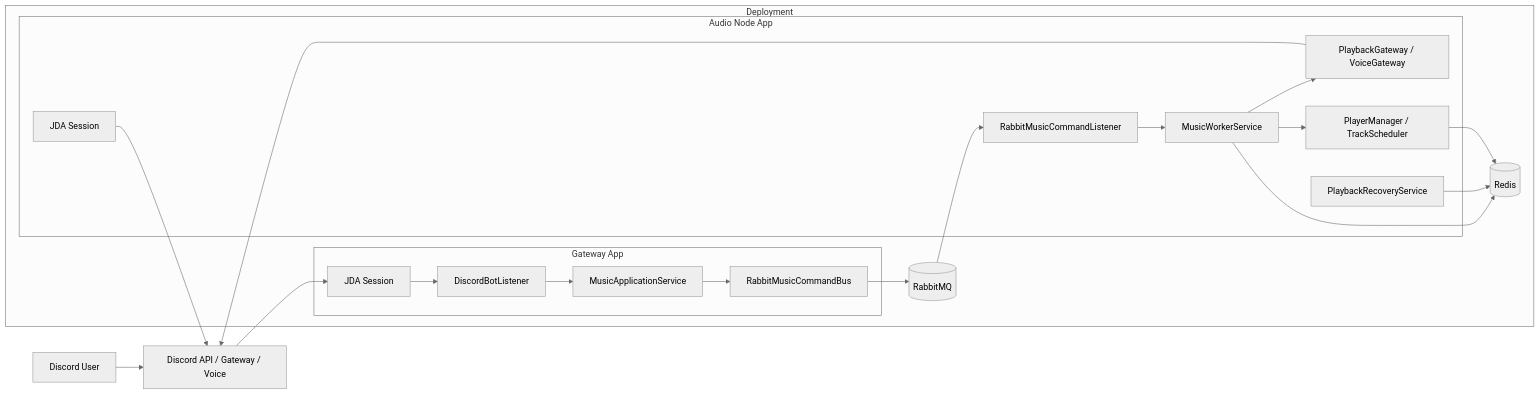
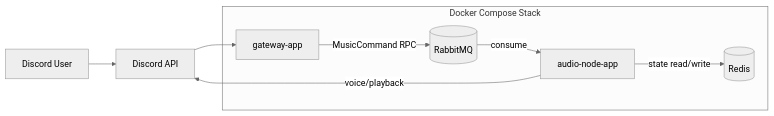
The first of 2 diagrams in docs/CURRENT_ARCHITECTURE.md (som141/dis), drawn with Mermaid (neutral theme) before and after one commit. The commit also changed other lines of this file and 14 other files, not shown here.

````diff
--- a/docs/CURRENT_ARCHITECTURE.md
+++ b/docs/CURRENT_ARCHITECTURE.md
@@ -26,43 +30,19 @@
 ```mermaid
 flowchart LR
     U[Discord User]
-    D[Discord API / Gateway / Voice]
+    D[Discord API]
 
-    subgraph SERVER[Deployment]
-        subgraph GATEWAY[Gateway App]
-            G1[JDA Session]
-            G2[DiscordBotListener]
-            G3[MusicApplicationService]
-            G4[RabbitMusicCommandBus]
-        end
-
-        subgraph AUDIO[Audio Node App]
-            A1[JDA Session]
-            A2[RabbitMusicCommandListener]
-            A3[MusicWorkerService]
-            A4[PlaybackGateway / VoiceGateway]
-            A5[PlayerManager / TrackScheduler]
-            A6[PlaybackRecoveryService]
-        end
-
+    subgraph APPS[Docker Compose Stack]
+        G[gateway-app]
+        A[audio-node-app]
         R[(Redis)]
         MQ[(RabbitMQ)]
     end
 
     U --> D
-    D --> G1
-    G1 --> G2
-    G2 --> G3
-    G3 --> G4
-    G4 --> MQ
-
-    MQ --> A2
-    A2 --> A3
-    A3 --> A4
-    A3 --> A5
-    A3 --> R
-    A5 --> R
-    A6 --> R
-    A4 --> D
-    A1 --> D
+    D --> G
+    G -->|MusicCommand RPC| MQ
+    MQ -->|consume| A
+    A -->|state read/write| R
+    A -->|voice/playback| D
 ```
````
